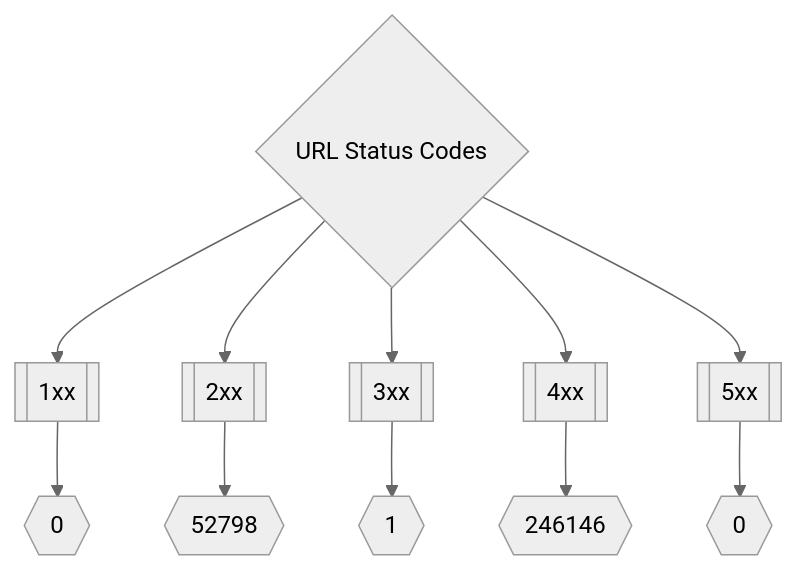
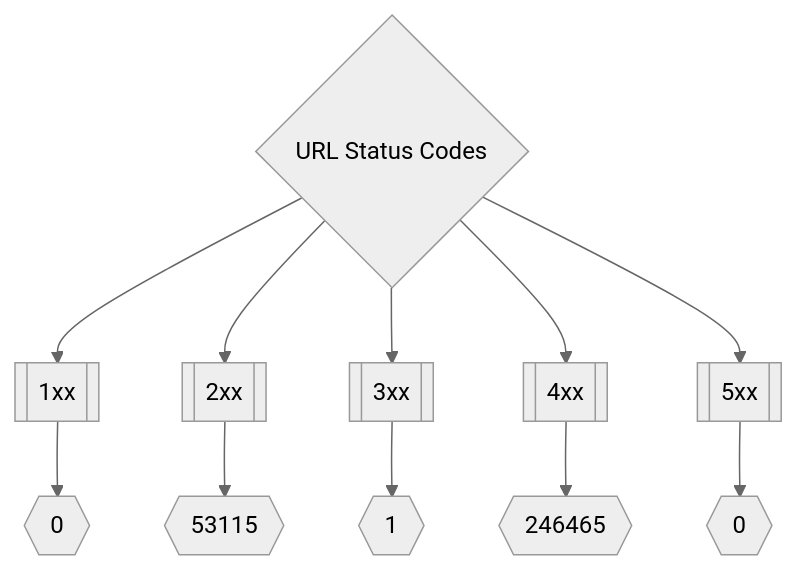
The second of 3 diagrams in README.md (trickest/inventory), drawn with Mermaid (neutral theme) before and after one commit. The commit also changed other lines of this file, not shown here.

Commit message:
Update Mon Apr  4 16:16:32 UTC 2022

````diff
--- a/README.md
+++ b/README.md
@@ -173,8 +173,8 @@
 ```mermaid
 graph TD
 title{URL Status Codes} --> 1xx[[1xx]] --> status1xxNum{{0}}
-title --> 2xx[[2xx]] --> status2xxNum{{52798}}
+title --> 2xx[[2xx]] --> status2xxNum{{53115}}
 title --> 3xx[[3xx]] --> status3xxNum{{1}}
-title --> 4xx[[4xx]] --> status4xxNum{{246146}}
+title --> 4xx[[4xx]] --> status4xxNum{{246465}}
 title --> 5xx[[5xx]] --> status5xxNum{{0}}
 ```
````
